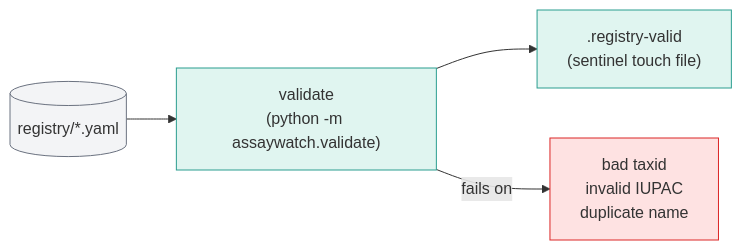
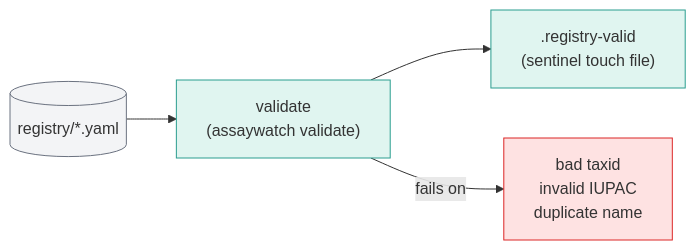
The second of 9 diagrams in docs/pipeline-architecture.md (batyanight/assaywatch), drawn with Mermaid before and after one commit. The commit also changed 18 other files, not shown here.

First line of the commit message:
One command drives the pipeline: `assaywatch <stage>` replaces eleven `python -m` spellings

````diff
--- a/docs/pipeline-architecture.md
+++ b/docs/pipeline-architecture.md
@@ -88,11 +88,11 @@
 ```mermaid
 flowchart LR
-    A[("registry/*.yaml")] --> B["validate\n(python -m assaywatch.validate)"]
+    A[("registry/*.yaml")] --> B["validate\n(assaywatch validate)"]
     B --> C[".registry-valid\n(sentinel touch file)"]
     B -- "fails on" --> D["bad taxid\ninvalid IUPAC\nduplicate name"]
 
     style A fill:#f3f4f6,stroke:#6b7280
     style B fill:#e0f5f0,stroke:#2a9d8f
     style C fill:#e0f5f0,stroke:#2a9d8f
     style D fill:#fee2e2,stroke:#dc2626
 ```
````
